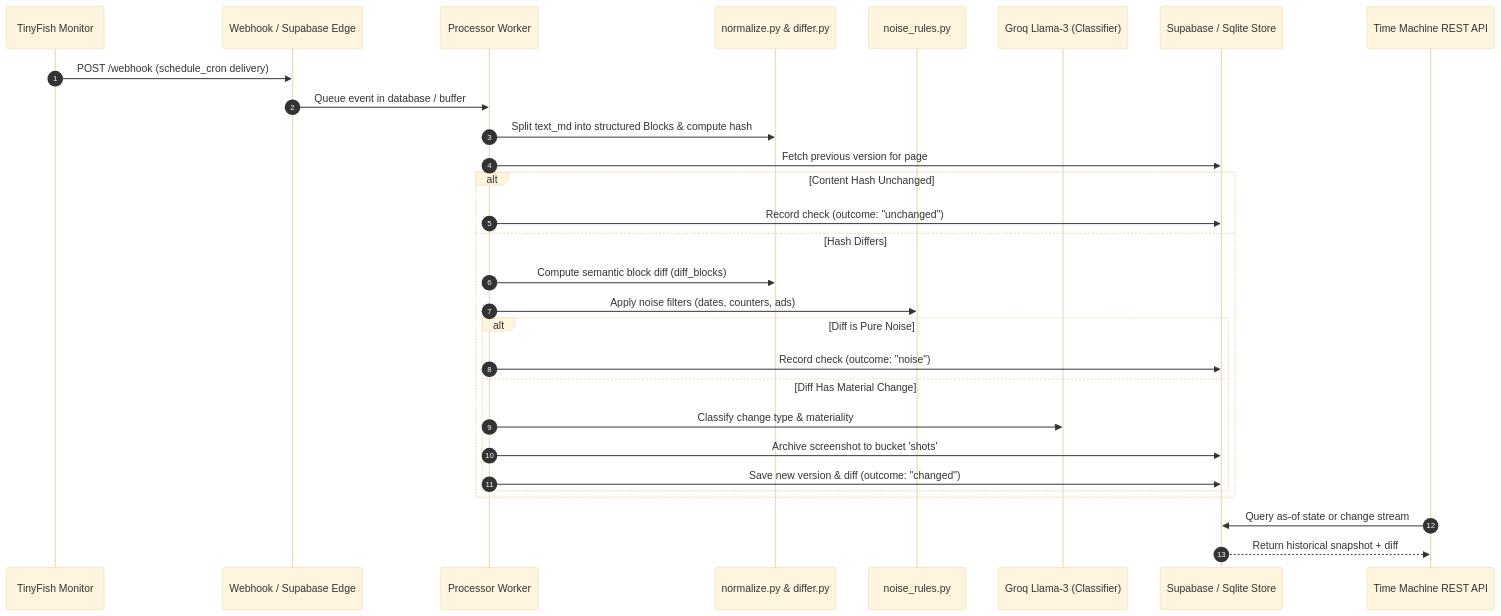
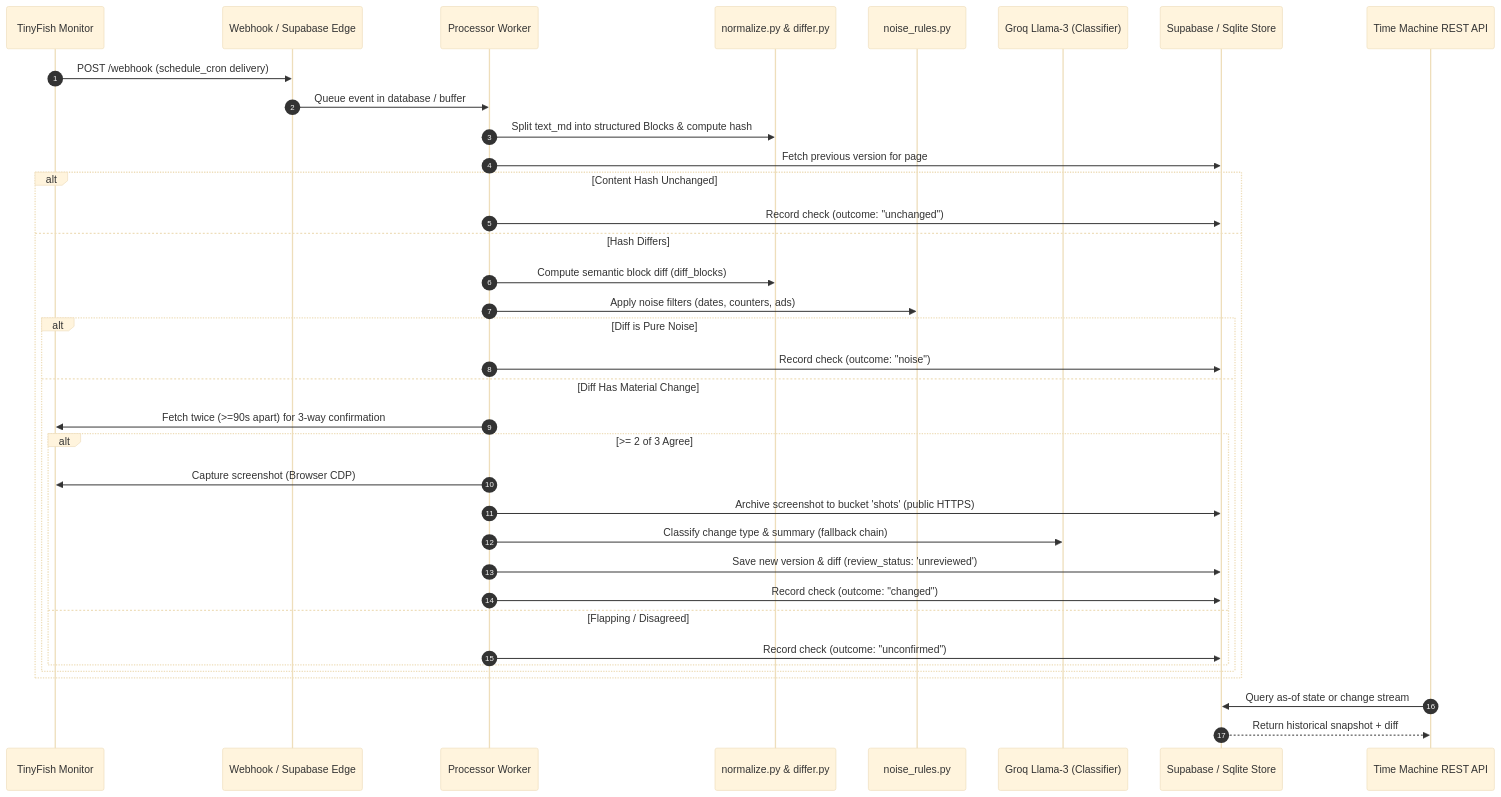
The diagram in apps/timemachine/README.md (pritpatel2412/tinyfish-bounties), drawn with Mermaid (base theme) before and after one commit. The commit also changed 21 other files, not shown here.

Commit message:
feat(integrity): prove scheduled flow, natural delivery, confirmation gate, and data integrity (Prompt 10)

````diff
--- a/apps/timemachine/README.md
+++ b/apps/timemachine/README.md
@@ -33,32 +33,39 @@
 ```mermaid
 sequenceDiagram
     autonumber
     participant TF as TinyFish Monitor
     participant WH as Webhook / Supabase Edge
     participant PW as Processor Worker
     participant Norm as normalize.py & differ.py
     participant Noise as noise_rules.py
     participant Groq as Groq Llama-3 (Classifier)
     participant Store as Supabase / Sqlite Store
     participant API as Time Machine REST API
 
     TF->>WH: POST /webhook (schedule_cron delivery)
     WH->>PW: Queue event in database / buffer
     PW->>Norm: Split text_md into structured Blocks & compute hash
     PW->>Store: Fetch previous version for page
     alt Content Hash Unchanged
         PW->>Store: Record check (outcome: "unchanged")
     else Hash Differs
         PW->>Norm: Compute semantic block diff (diff_blocks)
         PW->>Noise: Apply noise filters (dates, counters, ads)
         alt Diff is Pure Noise
             PW->>Store: Record check (outcome: "noise")
         else Diff Has Material Change
-            PW->>Groq: Classify change type & materiality
-            PW->>Store: Archive screenshot to bucket 'shots'
-            PW->>Store: Save new version & diff (outcome: "changed")
+            PW->>TF: Fetch twice (>=90s apart) for 3-way confirmation
+            alt >= 2 of 3 Agree
+                PW->>TF: Capture screenshot (Browser CDP)
+                PW->>Store: Archive screenshot to bucket 'shots' (public HTTPS)
+                PW->>Groq: Classify change type & summary (fallback chain)
+                PW->>Store: Save new version & diff (review_status: 'unreviewed')
+                PW->>Store: Record check (outcome: "changed")
+            else Flapping / Disagreed
+                PW->>Store: Record check (outcome: "unconfirmed")
+            end
         end
     end
     API->>Store: Query as-of state or change stream
     Store-->>API: Return historical snapshot + diff
 ```
````
